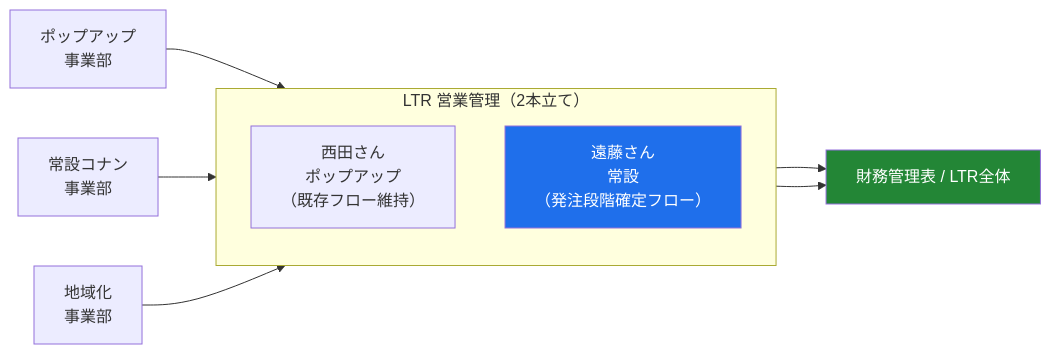
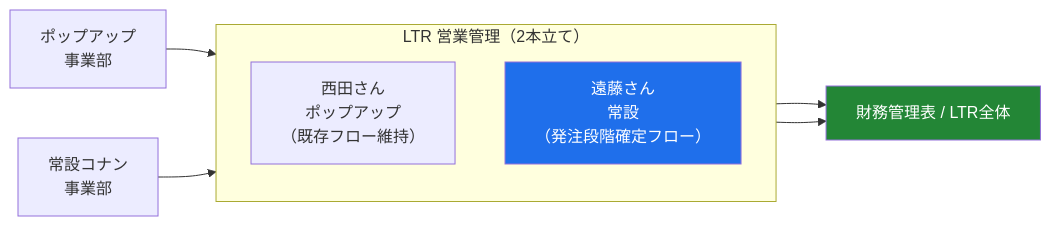
The fourth of 6 diagrams in internal/02_業務フロー_文章と図解.md (maa-a/Antigravity-test), drawn with Mermaid before and after one commit. The commit also changed other lines of this file and 6 other files, not shown here.

````diff
--- a/internal/02_業務フロー_文章と図解.md
+++ b/internal/02_業務フロー_文章と図解.md
@@ -206,18 +206,17 @@
 ```mermaid
 flowchart LR
     subgraph LTR["LTR 営業管理（2本立て）"]
         direction TB
         X["西田さん<br/>ポップアップ<br/>（既存フロー維持）"]
         Y["遠藤さん<br/>常設<br/>（発注段階確定フロー）"]
     end
 
     P["ポップアップ<br/>事業部"] --> X
     Q["常設コナン<br/>事業部"] --> Y
-    R["地域化<br/>事業部"] --> Y
 
     X --> Z["財務管理表 / LTR全体"]
     Y --> Z
 
     style Y fill:#1f6feb,color:#fff
     style Z fill:#238636,color:#fff
 ```
````
